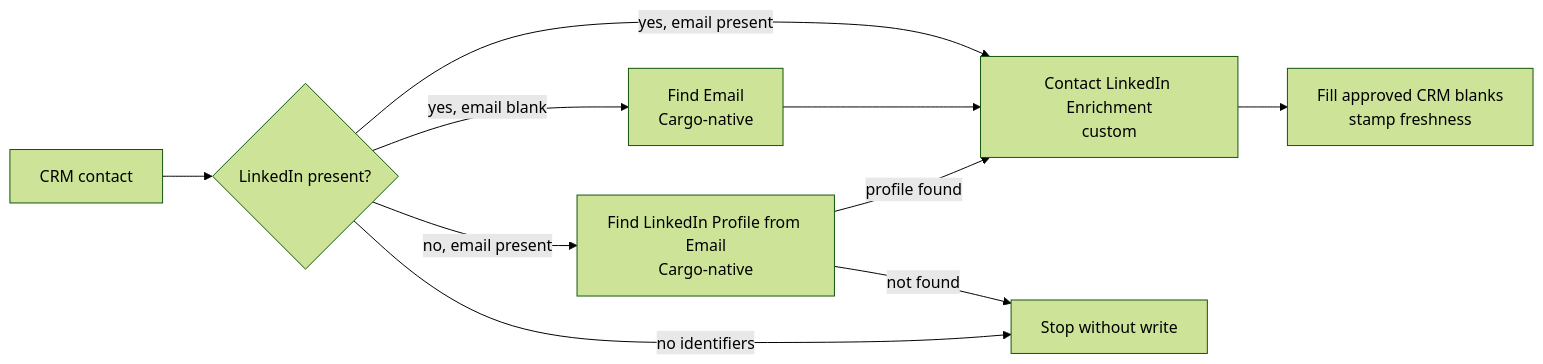
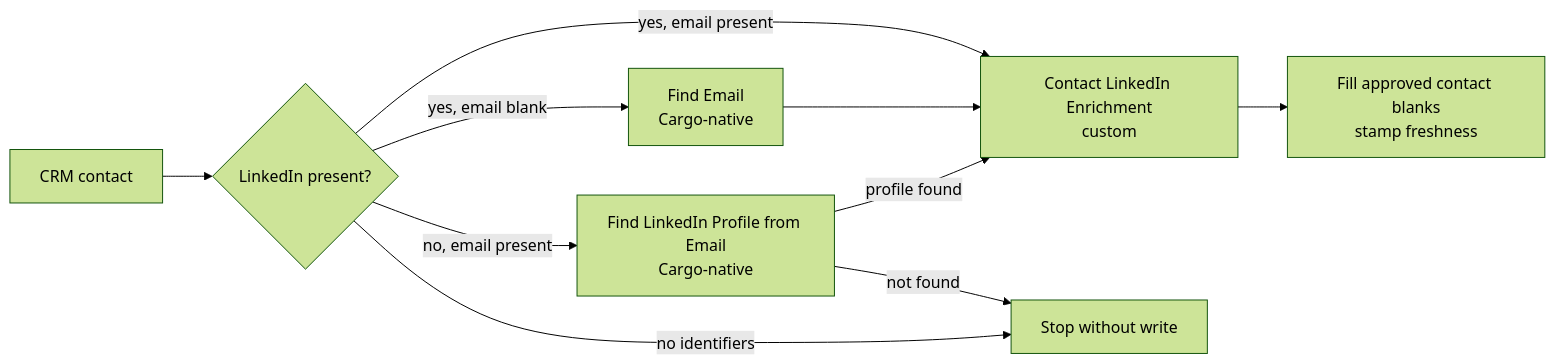
Before and after one commit to getcargohq/gtm-skills: the second of 2 diagrams in crm-enrichment/README.md, drawn with Mermaid (forest theme). The commit also changed other lines of this file and 7 other files, not shown here.

````diff
--- a/crm-enrichment/README.md
+++ b/crm-enrichment/README.md
@@ -12,12 +42,12 @@
 ```mermaid
 flowchart LR
-  row["CRM contact"] --> linkedin{"LinkedIn present?"}
+  contact["CRM contact"] --> linkedin{"LinkedIn present?"}
   linkedin -->|yes, email blank| emailTool["Find Email<br/>Cargo-native"]
   linkedin -->|yes, email present| profileTool["Contact LinkedIn Enrichment<br/>custom"]
   emailTool --> profileTool
   linkedin -->|no, email present| linkedinTool["Find LinkedIn Profile from Email<br/>Cargo-native"]
   linkedinTool -->|profile found| profileTool
   linkedinTool -->|not found| stop["Stop without write"]
   linkedin -->|no identifiers| stop
-  profileTool --> write["Fill approved CRM blanks<br/>stamp freshness"]
+  profileTool --> write["Fill approved contact blanks<br/>stamp freshness"]
 ```
````
